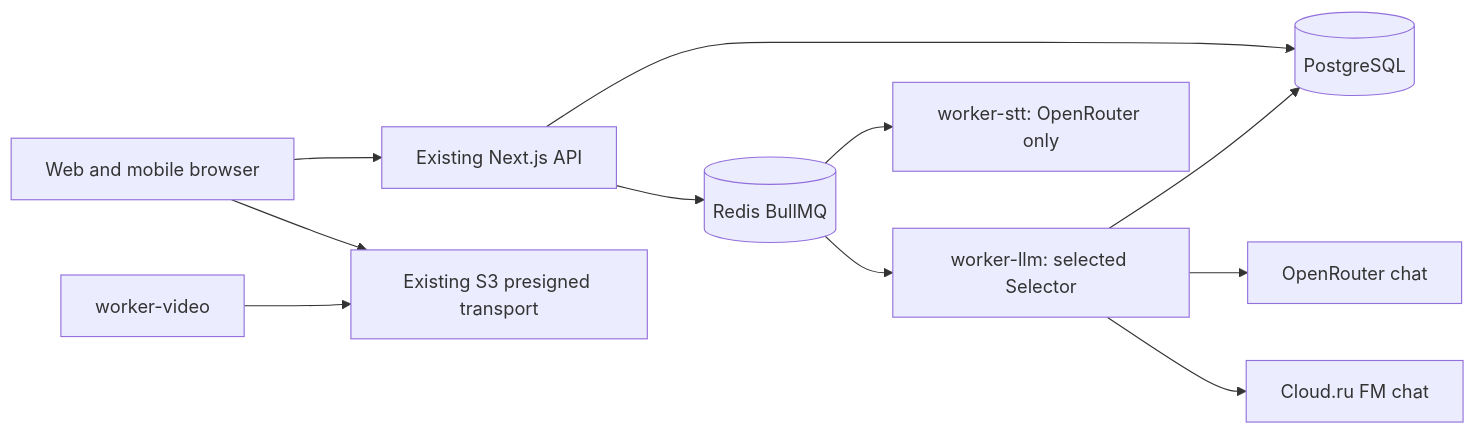
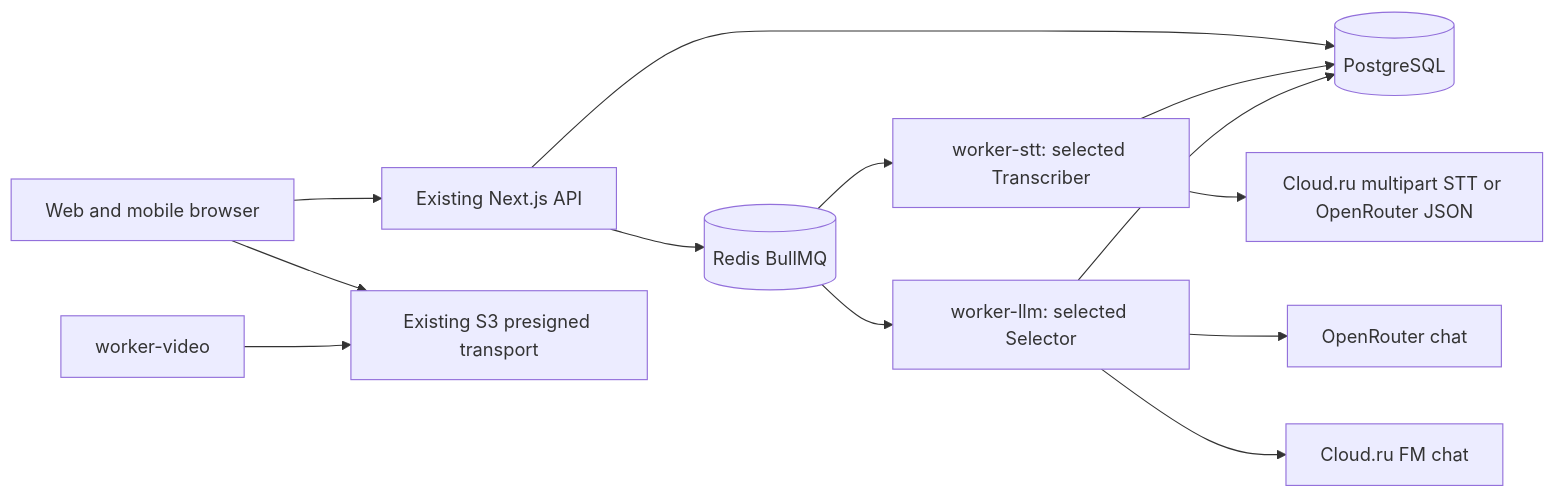
One commit to djd1m/2026-AUG-PU-Projects changed the diagram in projects/05-podcast-clips-opus/docs/features/cloudru-provider-foundation/03_architecture.md. Above: the diagram before and after it, drawn with Mermaid. The commit also changed other lines of this file and 5 other files, not shown here.

````diff
--- a/projects/05-podcast-clips-opus/docs/features/cloudru-provider-foundation/03_architecture.md
+++ b/projects/05-podcast-clips-opus/docs/features/cloudru-provider-foundation/03_architecture.md
@@ -7,13 +9,15 @@
 ```mermaid
 flowchart LR
   Browser[Web and mobile browser] --> Web[Existing Next.js API]
   Web --> DB[(PostgreSQL)]
   Web --> Queue[(Redis BullMQ)]
-  Queue --> STT[worker-stt: OpenRouter only]
+  Queue --> STT[worker-stt: selected Transcriber]
+  STT --> FMSTT[Cloud.ru multipart STT or OpenRouter JSON]
+  STT --> DB
   Queue --> LLM[worker-llm: selected Selector]
   LLM --> DB
   LLM --> OR[OpenRouter chat]
   LLM --> FM[Cloud.ru FM chat]
   Browser --> S3[Existing S3 presigned transport]
   Video[worker-video] --> S3
 ```
````
